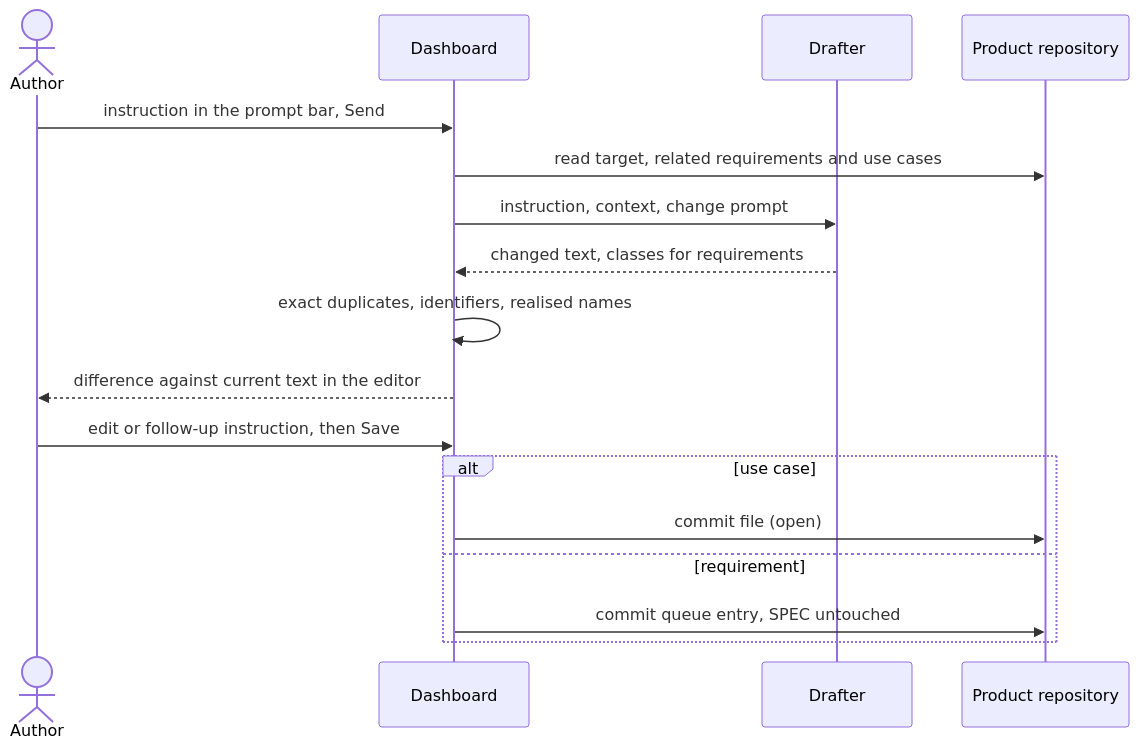
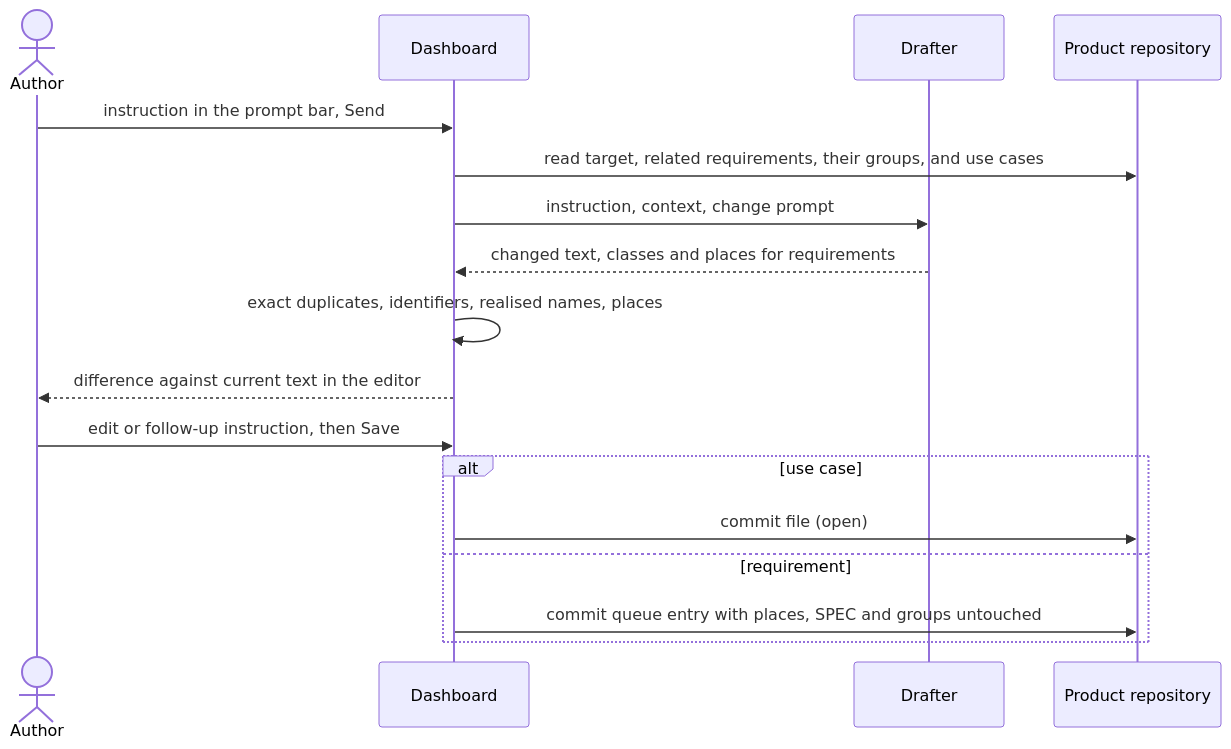
One commit to akmaier/agent-m changed the diagram in docs/use-cases/UC-019-change-a-specification-or-use-case-by-prompt.md. Above: the diagram before and after it, drawn with Mermaid. The commit also changed other lines of this file and 3 other files, not shown here.

First line of the commit message:
UC-005, UC-019, UC-006, UC-021: a drafted new requirement carries its proposed place in the requirement hierarchy in its queue entry; accepting the entry writes the place into docs/groups/requirements.md in the same commit (draft)

````diff
--- a/docs/use-cases/UC-019-change-a-specification-or-use-case-by-prompt.md
+++ b/docs/use-cases/UC-019-change-a-specification-or-use-case-by-prompt.md
@@ -117,19 +123,19 @@
 ```mermaid
 sequenceDiagram
     actor A as Author
     participant D as Dashboard
     participant P as Drafter
     participant G as Product repository
     A->>D: instruction in the prompt bar, Send
-    D->>G: read target, related requirements and use cases
+    D->>G: read target, related requirements, their groups, and use cases
     D->>P: instruction, context, change prompt
-    P-->>D: changed text, classes for requirements
-    D->>D: exact duplicates, identifiers, realised names
+    P-->>D: changed text, classes and places for requirements
+    D->>D: exact duplicates, identifiers, realised names, places
     D-->>A: difference against current text in the editor
     A->>D: edit or follow-up instruction, then Save
     alt use case
         D->>G: commit file (open)
     else requirement
-        D->>G: commit queue entry, SPEC untouched
+        D->>G: commit queue entry with places, SPEC and groups untouched
     end
 ```
````
